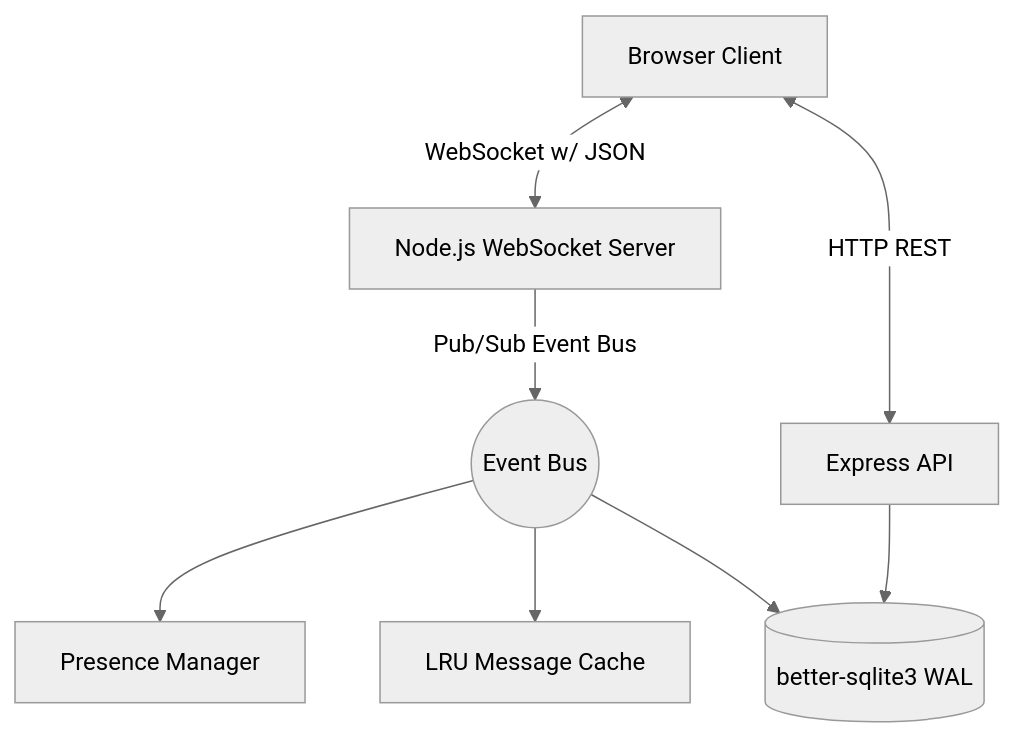
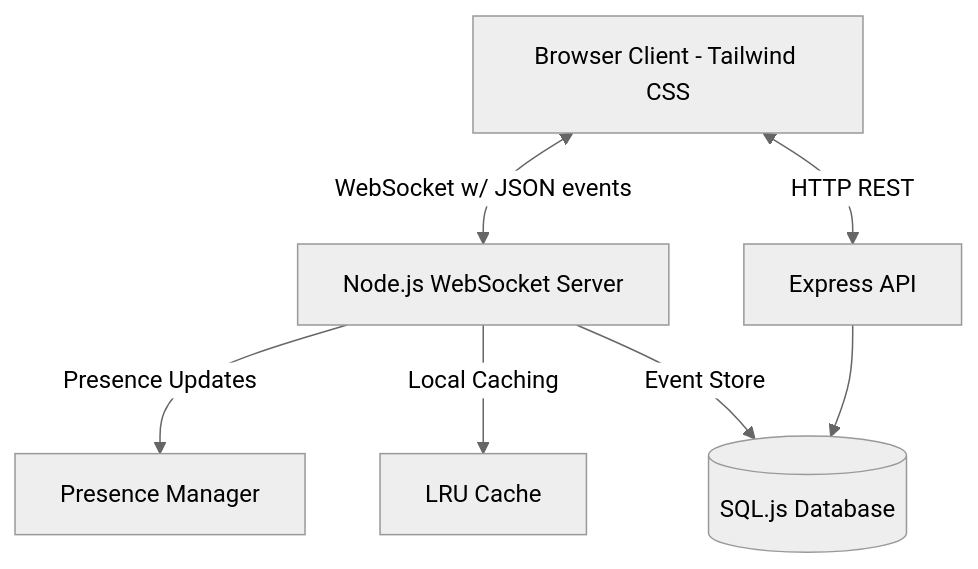
Before and after one commit to codebyjuliamendes/realtime-chat: the diagram in README.md, drawn with Mermaid (neutral theme). The commit also changed other lines of this file and 5 other files, not shown here.

Commit message:
refactor: apply tailwind design system, code review excellence, and backend architect principles

````diff
--- a/README.md
+++ b/README.md
@@ -10,13 +37,12 @@
 ```mermaid
 graph TD
-    Client[Browser Client]
-    Client <-->|WebSocket w/ JSON| WSServer[Node.js WebSocket Server]
+    Client[Browser Client - Tailwind CSS]
+    Client <-->|WebSocket w/ JSON events| WSServer[Node.js WebSocket Server]
     Client <-->|HTTP REST| API[Express API]
     
-    WSServer -->|Pub/Sub Event Bus| EventBus((Event Bus))
-    EventBus --> Presence[Presence Manager]
-    EventBus --> Cache[LRU Message Cache]
-    EventBus --> DB[(better-sqlite3 WAL)]
+    WSServer -->|Presence Updates| Presence[Presence Manager]
+    WSServer -->|Local Caching| Cache[LRU Cache]
+    WSServer -->|Event Store| DB[(SQL.js Database)]
     
     API --> DB
 ```
````
